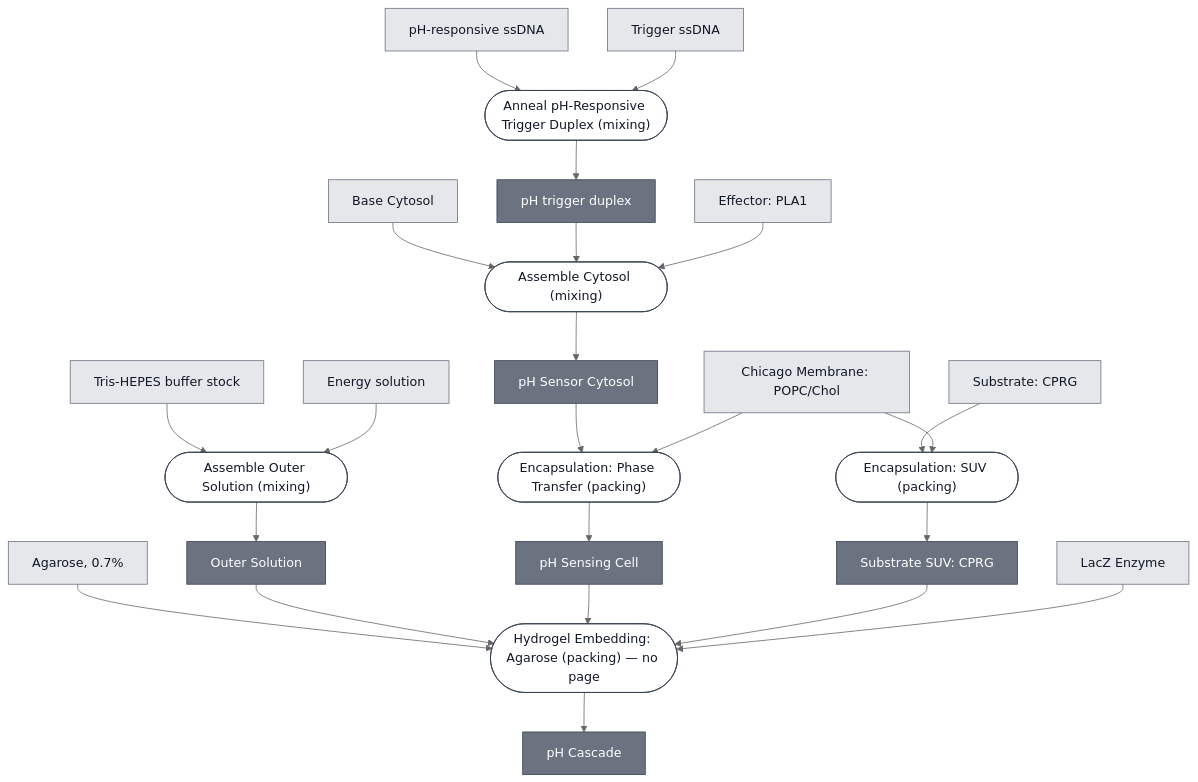
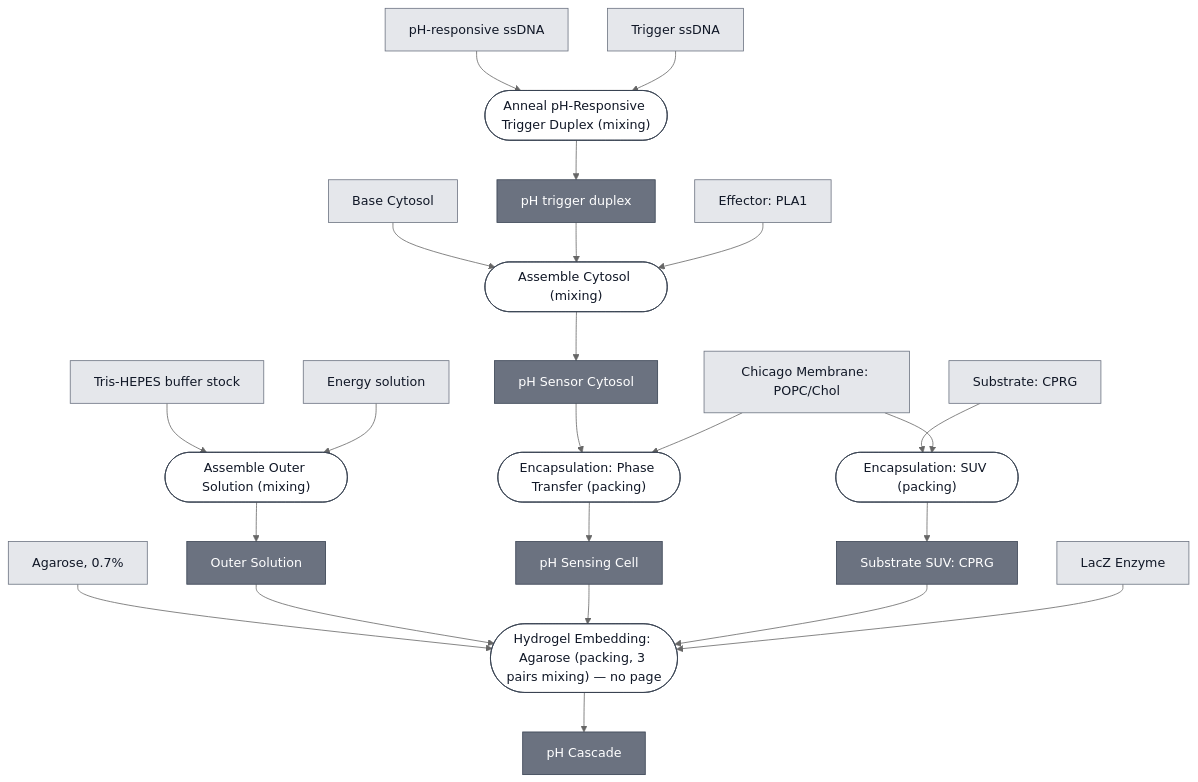
The diagram in docs/modules/ph-cascade/spec.md (nucleus-eng/nucleus-docs), drawn with Mermaid (neutral theme) before and after one commit. The commit also changed 3 other files, not shown here.

First line of the commit message:
Teach the composition generator three things the schema learned without it

````diff
--- a/docs/modules/ph-cascade/spec.md
+++ b/docs/modules/ph-cascade/spec.md
@@ -35,78 +35,78 @@
 ```mermaid
 flowchart TD
     BASE_CYTOSOL["Base Cytosol"]
     PH_RESPONSIVE_SSDNA["pH-responsive ssDNA"]
     TRIGGER_SSDNA["Trigger ssDNA"]
     EFFECTOR_PLA1["Effector: PLA1"]
     MEMBRANE_CHICAGO["Chicago Membrane: POPC/Chol"]
     SUBSTRATE_CPRG["Substrate: CPRG"]
     REPORTER_LACZ_ENZYME["LacZ Enzyme"]
     AGAROSE["Agarose, 0.7%"]
     TRIS_HEPES_STOCK["Tris-HEPES buffer stock"]
     ENERGY_SOLUTION["Energy solution"]
 
     P1_ASSEMBLE_OUTER_SOLUTION_0(["Assemble Outer Solution (mixing)"])
     CHICAGO_OUTER_SOLUTION["Outer Solution"]
     P2_ANNEAL_TRIGGER_DUPLEX_0(["Anneal pH-Responsive Trigger Duplex (mixing)"])
     PH_TRIGGER_DUPLEX["pH trigger duplex"]
     P3_ASSEMBLE_CYTOSOL_0(["Assemble Cytosol (mixing)"])
     PH_SENSOR_CYTOSOL["pH Sensor Cytosol"]
     P4_ENCAPSULATE_0(["Encapsulation: Phase Transfer (packing)"])
     PH_SENSING_CELL["pH Sensing Cell"]
     P5_ENCAPSULATE_SUBSTRATE_SUV_0(["Encapsulation: SUV (packing)"])
     SUBSTRATE_CPRG_SUV["Substrate SUV: CPRG"]
-    P6_EMBED_AGAROSE_0(["Hydrogel Embedding: Agarose (packing) — no page"])
+    P6_EMBED_AGAROSE_0(["Hydrogel Embedding: Agarose (packing, 3 pairs mixing) — no page"])
     PH_CASCADE["pH Cascade"]
 
     TRIS_HEPES_STOCK --> P1_ASSEMBLE_OUTER_SOLUTION_0
     ENERGY_SOLUTION --> P1_ASSEMBLE_OUTER_SOLUTION_0
     P1_ASSEMBLE_OUTER_SOLUTION_0 --> CHICAGO_OUTER_SOLUTION
 
     PH_RESPONSIVE_SSDNA --> P2_ANNEAL_TRIGGER_DUPLEX_0
     TRIGGER_SSDNA --> P2_ANNEAL_TRIGGER_DUPLEX_0
     P2_ANNEAL_TRIGGER_DUPLEX_0 --> PH_TRIGGER_DUPLEX
 
     BASE_CYTOSOL --> P3_ASSEMBLE_CYTOSOL_0
     PH_TRIGGER_DUPLEX --> P3_ASSEMBLE_CYTOSOL_0
     EFFECTOR_PLA1 --> P3_ASSEMBLE_CYTOSOL_0
     P3_ASSEMBLE_CYTOSOL_0 --> PH_SENSOR_CYTOSOL
 
     PH_SENSOR_CYTOSOL --> P4_ENCAPSULATE_0
     MEMBRANE_CHICAGO --> P4_ENCAPSULATE_0
     P4_ENCAPSULATE_0 --> PH_SENSING_CELL
 
     SUBSTRATE_CPRG --> P5_ENCAPSULATE_SUBSTRATE_SUV_0
     MEMBRANE_CHICAGO --> P5_ENCAPSULATE_SUBSTRATE_SUV_0
     P5_ENCAPSULATE_SUBSTRATE_SUV_0 --> SUBSTRATE_CPRG_SUV
 
     AGAROSE --> P6_EMBED_AGAROSE_0
     CHICAGO_OUTER_SOLUTION --> P6_EMBED_AGAROSE_0
     PH_SENSING_CELL --> P6_EMBED_AGAROSE_0
     SUBSTRATE_CPRG_SUV --> P6_EMBED_AGAROSE_0
     REPORTER_LACZ_ENZYME --> P6_EMBED_AGAROSE_0
     P6_EMBED_AGAROSE_0 --> PH_CASCADE
 
 
     classDef leaf     fill:#e5e7eb,stroke:#6b7280,color:#111827;
     classDef composed fill:#6b7280,stroke:#374151,color:#ffffff;
     classDef process  fill:#ffffff,stroke:#374151,color:#111827;
     class BASE_CYTOSOL,PH_RESPONSIVE_SSDNA,TRIGGER_SSDNA,EFFECTOR_PLA1,MEMBRANE_CHICAGO,SUBSTRATE_CPRG,REPORTER_LACZ_ENZYME,AGAROSE,TRIS_HEPES_STOCK,ENERGY_SOLUTION leaf;
     class CHICAGO_OUTER_SOLUTION,PH_TRIGGER_DUPLEX,PH_SENSOR_CYTOSOL,PH_SENSING_CELL,SUBSTRATE_CPRG_SUV,PH_CASCADE composed;
     class P1_ASSEMBLE_OUTER_SOLUTION_0,P2_ANNEAL_TRIGGER_DUPLEX_0,P3_ASSEMBLE_CYTOSOL_0,P4_ENCAPSULATE_0,P5_ENCAPSULATE_SUBSTRATE_SUV_0,P6_EMBED_AGAROSE_0 process;
 
     click BASE_CYTOSOL "/docs/modules/base-cytosol/spec"
     click EFFECTOR_PLA1 "/docs/modules/effector-pla1/spec"
     click MEMBRANE_CHICAGO "/docs/modules/membrane-popc-chol-chicago/spec"
     click SUBSTRATE_CPRG "/docs/modules/substrate-cprg/spec"
     click REPORTER_LACZ_ENZYME "/docs/modules/reporter-lacz-enzyme/spec"
     click P1_ASSEMBLE_OUTER_SOLUTION_0 "/docs/processes/assemble-outer-solution/main"
     click P2_ANNEAL_TRIGGER_DUPLEX_0 "/docs/processes/anneal-ph-trigger-duplex/main"
     click PH_TRIGGER_DUPLEX "/docs/modules/detector-ph/spec"
     click P3_ASSEMBLE_CYTOSOL_0 "/docs/processes/assemble-cytosol/assemble-cytosol-main"
     click PH_SENSOR_CYTOSOL "/docs/modules/ph-sensor-cytosol/spec"
     click P4_ENCAPSULATE_0 "/docs/processes/assemble-base-cell/main"
     click PH_SENSING_CELL "/docs/modules/ph-sensing-cell/spec"
     click P5_ENCAPSULATE_SUBSTRATE_SUV_0 "/docs/processes/encapsulate-suv/main"
     click SUBSTRATE_CPRG_SUV "/docs/modules/substrate-cprg-suv/spec"
     click PH_CASCADE "/docs/modules/ph-cascade/spec"
 ```
````
